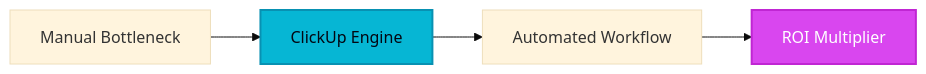
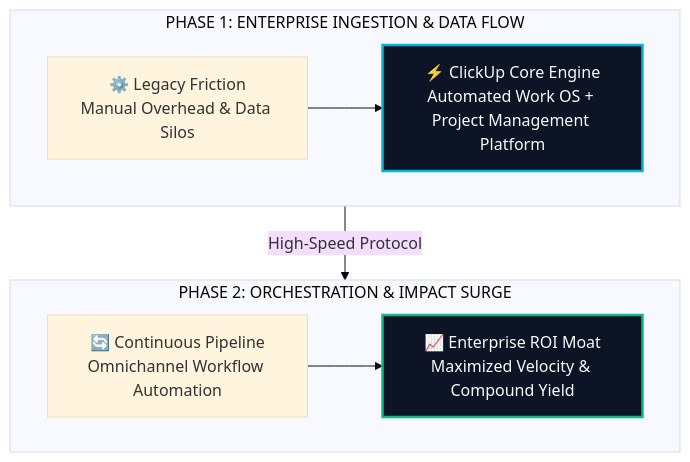
The diagram in site/src/content/blog/best-clickup-alternatives-2026.md (heliatech-media/saas-radar), drawn with Mermaid (base theme) before and after one commit. The commit also changed 97 other files, not shown here.

First line of the commit message:
feat(diagrams): upgrade all article architecture schemas to high-impact 2-tier responsive vector blueprints

````diff
--- a/site/src/content/blog/best-clickup-alternatives-2026.md
+++ b/site/src/content/blog/best-clickup-alternatives-2026.md
@@ -109,8 +109,14 @@
 ```mermaid
-flowchart LR
-    A[Manual Bottleneck] --> B[ClickUp Engine]
-    B --> C[Automated Workflow]
-    C --> D[ROI Multiplier]
-    style B fill:#06b6d4,stroke:#0891b2,stroke-width:2px,color:#030712
-    style D fill:#d946ef,stroke:#c026d3,stroke-width:2px,color:#ffffff
+flowchart TD
+    subgraph S1["PHASE 1: ENTERPRISE INGESTION & DATA FLOW"]
+        direction LR
+        A["⚙️ Legacy Friction<br/>Manual Overhead & Data Silos"] --> B["⚡ ClickUp Core Engine<br/>Automated Work OS + Project Management Platform"]
+    end
+    subgraph S2["PHASE 2: ORCHESTRATION & IMPACT SURGE"]
+        direction LR
+        C["🔄 Continuous Pipeline<br/>Omnichannel Workflow Automation"] --> D["📈 Enterprise ROI Moat<br/>Maximized Velocity & Compound Yield"]
+    end
+    S1 -->|High-Speed Protocol| S2
+    style B fill:#0c1425,stroke:#06b6d4,stroke-width:2.5px,color:#f8fafc
+    style D fill:#0c1425,stroke:#10b981,stroke-width:2.5px,color:#f8fafc
 ```
````
